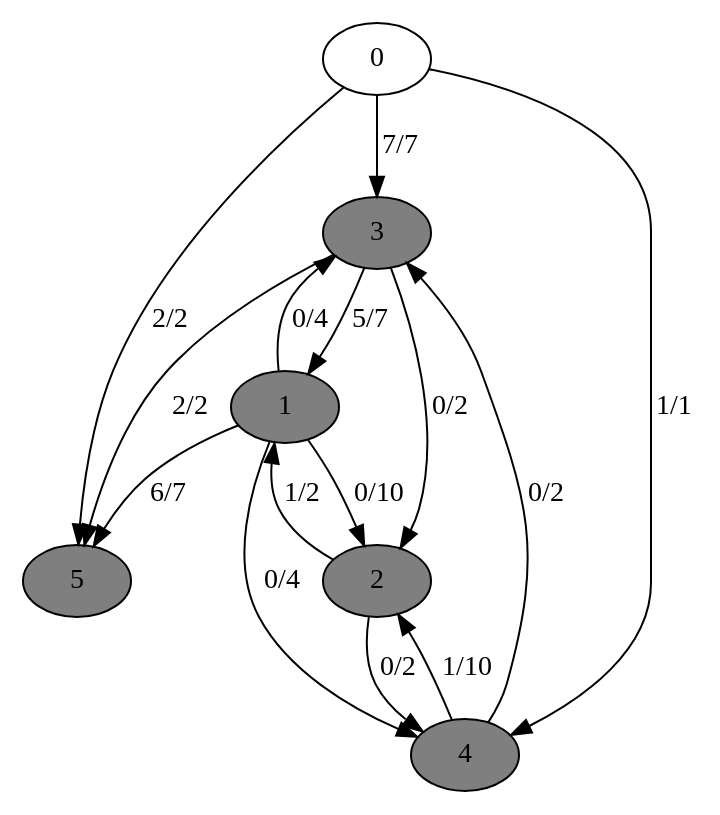
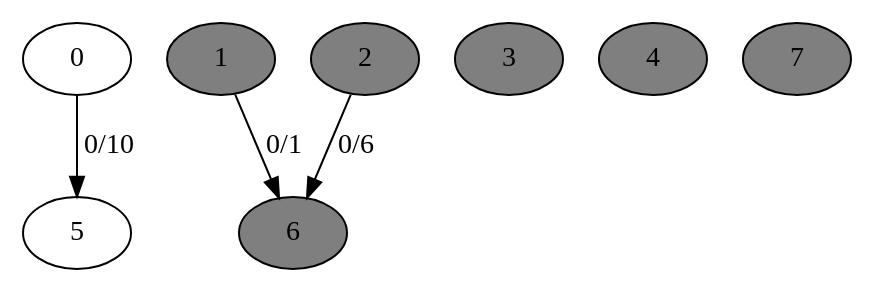
The diagram in res/testFlow/test9.dot (vnce100/Metamorph), drawn with Graphviz before and after one commit. The commit also changed 401 other files, not shown here.

```diff
--- a/res/testFlow/test9.dot
+++ b/res/testFlow/test9.dot
@@ -1,22 +1,13 @@
 digraph G {
 	0[style=filled fillcolor=grey100];
-	0->3[label ="7/7"] ;
-	0->4[label ="1/1"] ;
-	0->5[label ="2/2"] ;
+	0->5[label ="0/10"] ;
 	1[style=filled fillcolor=grey50];
-	1->2[label ="0/10"] ;
-	1->3[label ="0/4"] ;
-	1->4[label ="0/4"] ;
-	1->5[label ="6/7"] ;
+	1->6[label ="0/1"] ;
 	2[style=filled fillcolor=grey50];
-	2->1[label ="1/2"] ;
-	2->4[label ="0/2"] ;
+	2->6[label ="0/6"] ;
 	3[style=filled fillcolor=grey50];
-	3->1[label ="5/7"] ;
-	3->2[label ="0/2"] ;
-	3->5[label ="2/2"] ;
 	4[style=filled fillcolor=grey50];
-	4->2[label ="1/10"] ;
-	4->3[label ="0/2"] ;
-	5[style=filled fillcolor=grey50];
+	5[style=filled fillcolor=grey100];
+	6[style=filled fillcolor=grey50];
+	7[style=filled fillcolor=grey50];
 }
```
